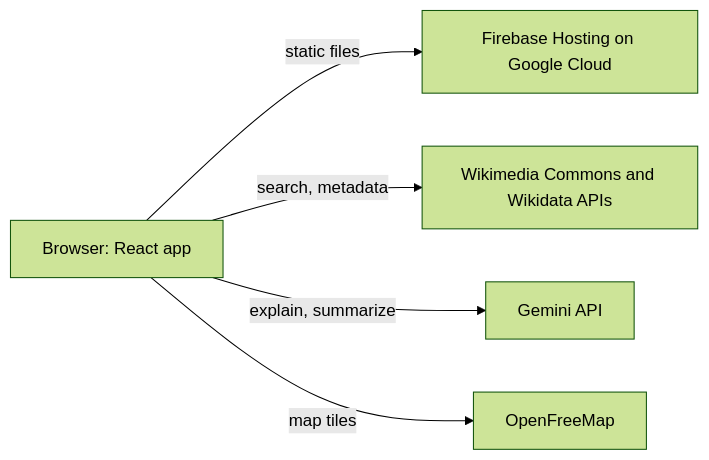
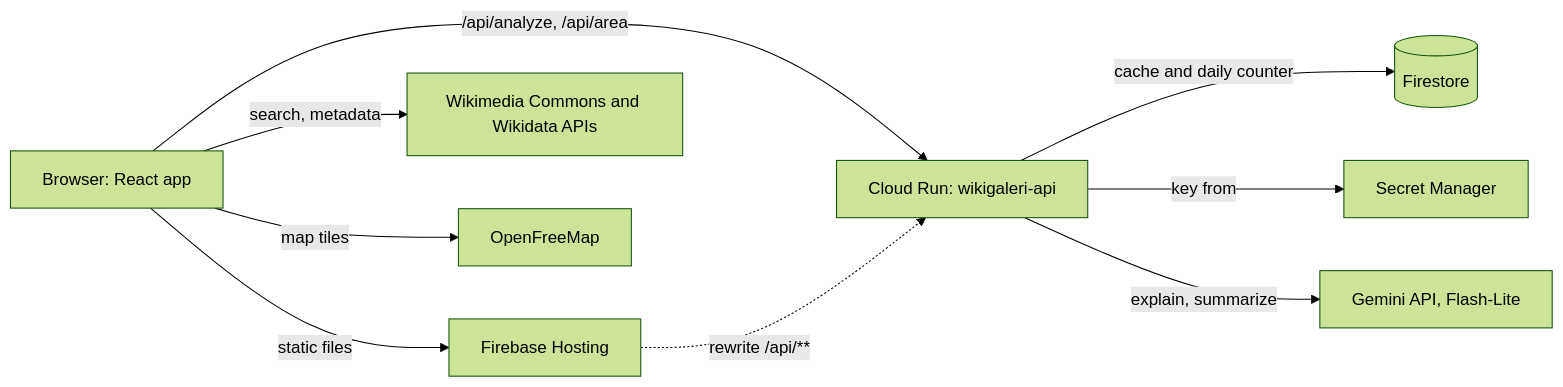
One commit to affandymurad/wikigaleri changed the first of 2 diagrams in README.md. Above: the diagram before and after it, drawn with Mermaid (forest theme). The commit also changed other lines of this file and 28 other files, not shown here.

First line of the commit message:
Route Gemini through a Cloud Run API with Firestore cache

````diff
--- a/README.md
+++ b/README.md
@@ -67,7 +67,11 @@
 ```mermaid
 flowchart LR
-  U[Browser: React app] -->|static files| H[Firebase Hosting on Google Cloud]
+  U[Browser: React app] -->|static files| H[Firebase Hosting]
   U -->|search, metadata| W[Wikimedia Commons and Wikidata APIs]
-  U -->|explain, summarize| G[Gemini API]
   U -->|map tiles| M[OpenFreeMap]
+  U -->|/api/analyze, /api/area| R[Cloud Run: wikigaleri-api]
+  H -.->|rewrite /api/**| R
+  R -->|cache and daily counter| F[(Firestore)]
+  R -->|key from| S[Secret Manager]
+  R -->|explain, summarize| G[Gemini API, Flash-Lite]
 ```
````
